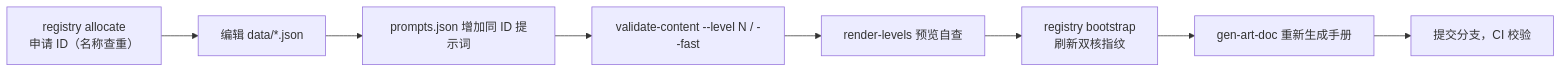
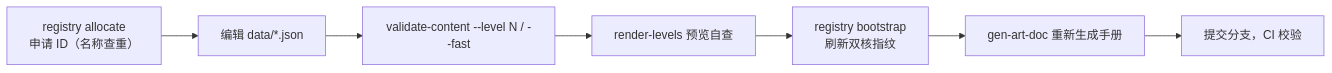
Before and after one commit to 948049716/sha-li-tao-da-hong: the diagram in docs/内容去重与校验规范.md, drawn with Mermaid. The commit also changed other lines of this file and 137 other files, not shown here.

````diff
--- a/docs/内容去重与校验规范.md
+++ b/docs/内容去重与校验规范.md
@@ -63,10 +57,9 @@
 ```mermaid
 flowchart LR
     A["registry allocate<br/>申请 ID（名称查重）"] --> B["编辑 data/*.json"]
-    B --> C["prompts.json 增加同 ID 提示词"]
-    C --> D["validate-content --level N / --fast"]
-    D --> E["render-levels 预览自查"]
-    E --> F["registry bootstrap<br/>刷新双核指纹"]
-    F --> G["gen-art-doc 重新生成手册"]
-    G --> H["提交分支，CI 校验"]
+    B --> C["validate-content --level N / --fast"]
+    C --> D["render-levels 预览自查"]
+    D --> E["registry bootstrap<br/>刷新双核指纹"]
+    E --> F["gen-art-doc 重新生成手册"]
+    F --> G["提交分支，CI 校验"]
 ```
````
